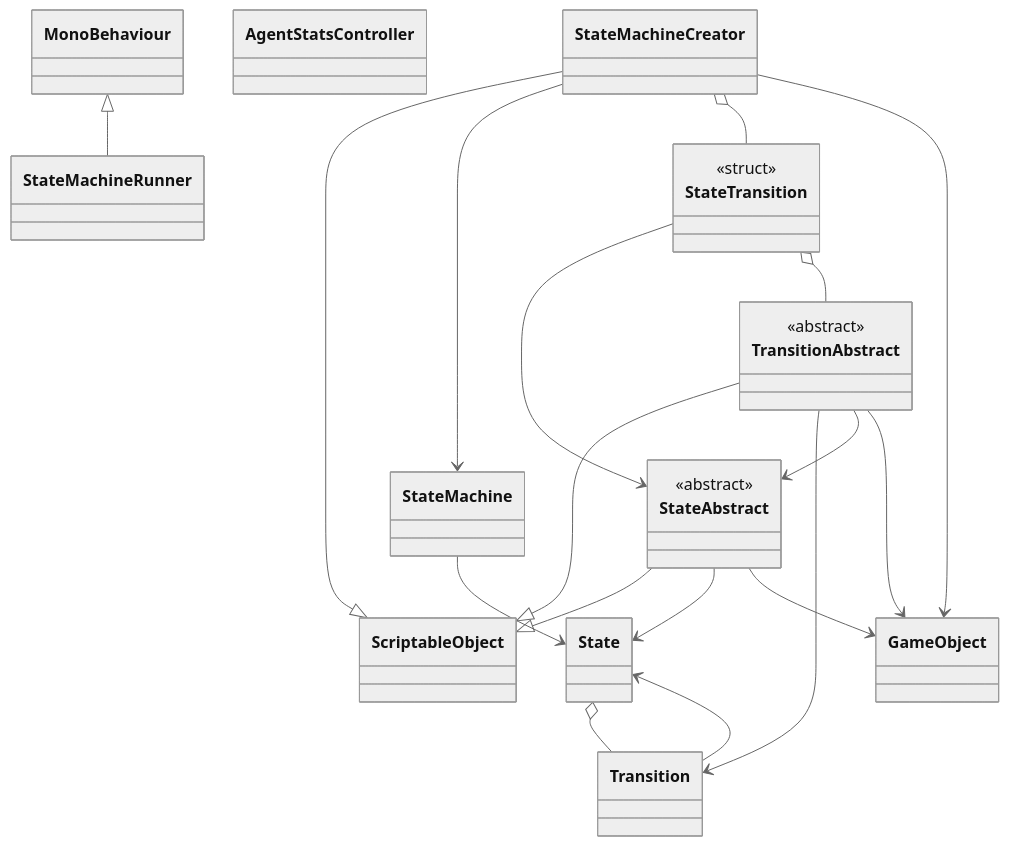
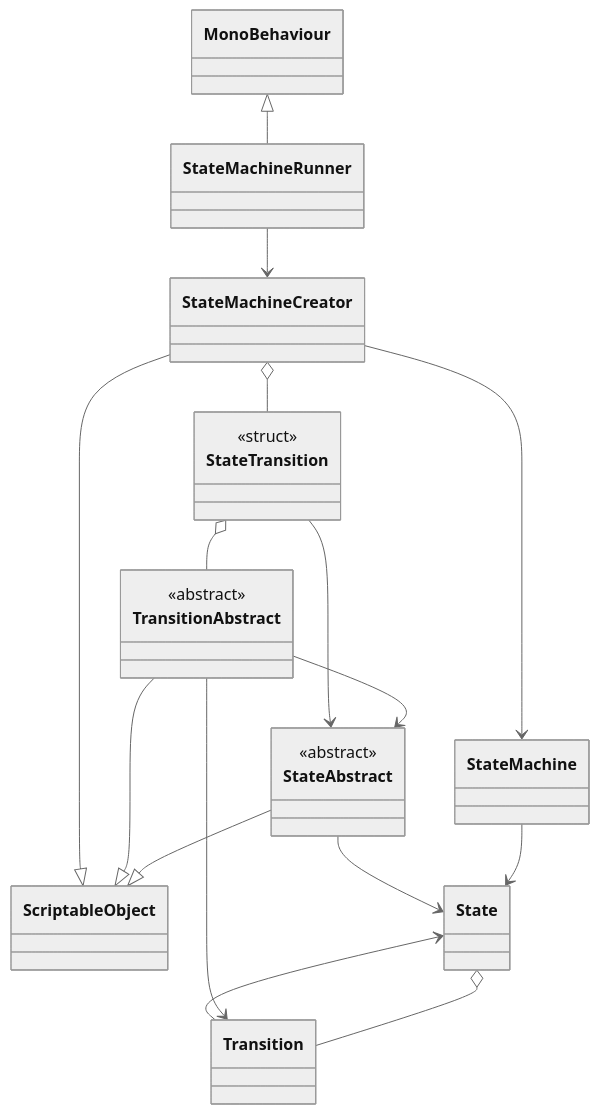
Before and after one commit to Juhhxx/BiMETAL: the third of 3 diagrams in README.md, drawn with Mermaid (neutral theme).

Commit message:
Update State Machine UML

````diff
--- a/README.md
+++ b/README.md
@@ -100,53 +100,41 @@
 ```mermaid
 classDiagram
   class MonoBehaviour
   class ScriptableObject
 
-  class AgentStatsController
-  class StateMachineRunner
-  class StateMachine
-  class StateAbstract
-  class TransitionAbstract
-  <<abstract>> TransitionAbstract
-  class StateTransition
-  <<struct>> StateTransition
-  class Transition
-
   MonoBehaviour <|-- StateMachineRunner
+  StateMachineRunner --> StateMachineCreator
 
   class State
   class Transition
   class StateMachine
   class StateAbstract
   <<abstract>> StateAbstract
   class TransitionAbstract
   <<abstract>> TransitionAbstract
   class StateTransition
   <<struct>> StateTransition
   class StateMachineCreator
   class StateMachineRunner
 
   State o-- Transition
 
   Transition --> State
 
   StateMachine --> State
 
   StateAbstract --|> ScriptableObject
   StateAbstract --> State
-  StateAbstract --> GameObject
 
   TransitionAbstract --|> ScriptableObject
   TransitionAbstract --> Transition
   TransitionAbstract --> StateAbstract
-  TransitionAbstract --> GameObject
 
   StateMachineCreator --|> ScriptableObject
   StateMachineCreator --> StateMachine
   StateMachineCreator o-- StateTransition
-  StateMachineCreator --> GameObject
 
   StateTransition --> StateAbstract
   StateTransition o-- TransitionAbstract
 
 ```
````
